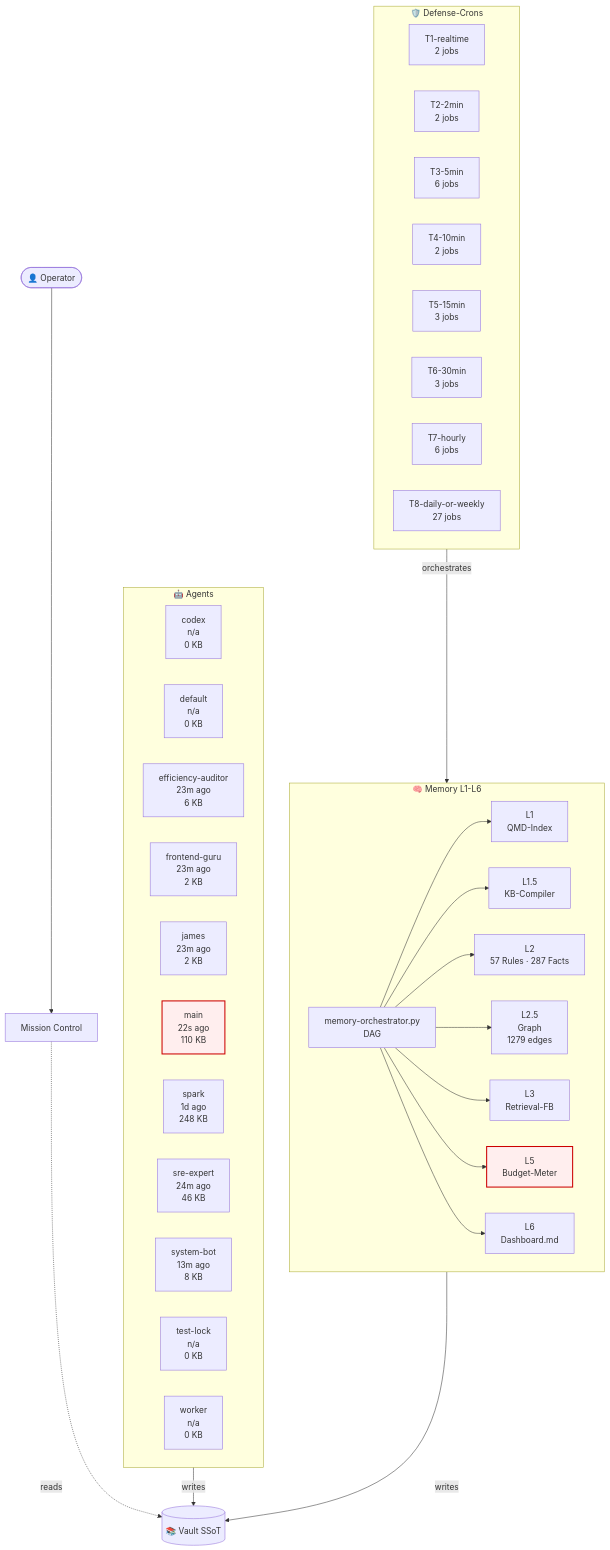
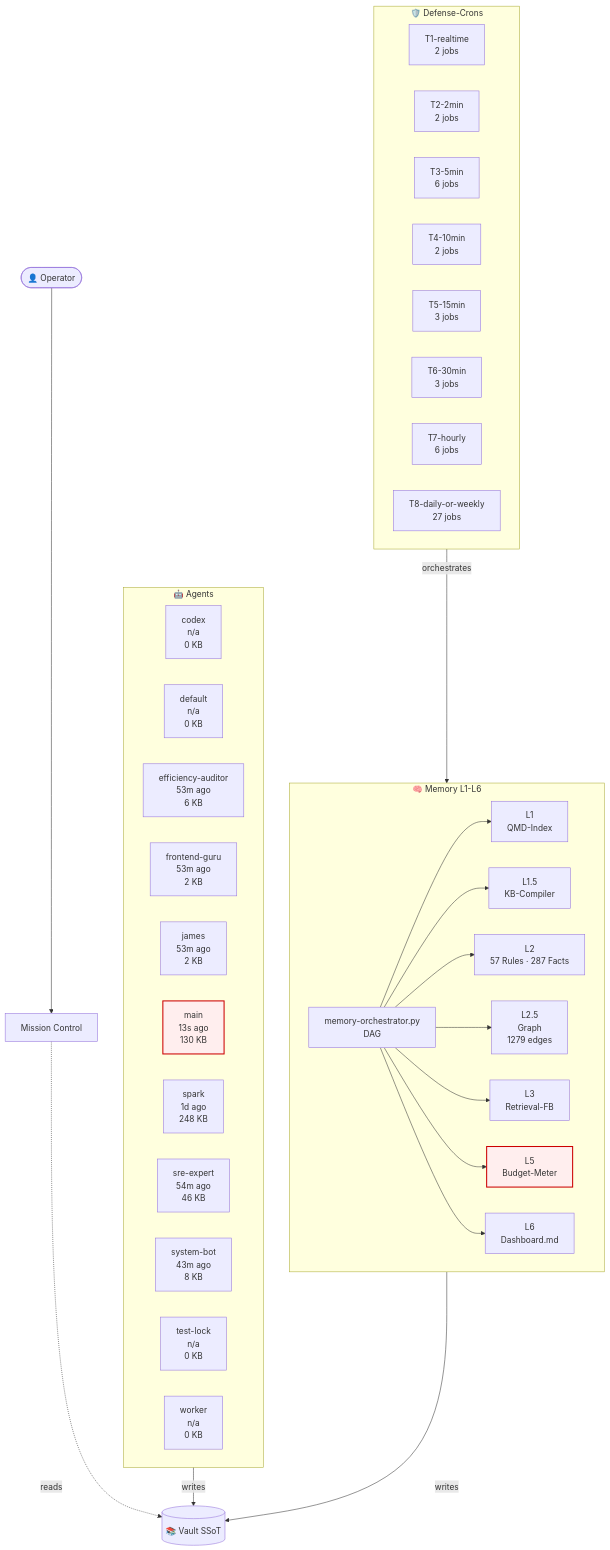
Before and after one commit to lenardhuebner88-rgb/openclaw-memory: the diagram in 03-Agents/architecture-live.md, drawn with Mermaid. The commit also changed other lines of this file and 13 other files, not shown here.

````diff
--- a/03-Agents/architecture-live.md
+++ b/03-Agents/architecture-live.md
@@ -18,54 +18,54 @@
 ```mermaid
 flowchart TB
     classDef critical fill:#fee,stroke:#c00,stroke-width:2px;
     subgraph AGT["🤖 Agents"]
         agent_codex["codex<br/>n/a<br/>0 KB"]
         agent_default["default<br/>n/a<br/>0 KB"]
-        agent_efficiency_auditor["efficiency-auditor<br/>23m ago<br/>6 KB"]
-        agent_frontend_guru["frontend-guru<br/>23m ago<br/>2 KB"]
-        agent_james["james<br/>23m ago<br/>2 KB"]
-        agent_main["main<br/>22s ago<br/>110 KB"]
+        agent_efficiency_auditor["efficiency-auditor<br/>53m ago<br/>6 KB"]
+        agent_frontend_guru["frontend-guru<br/>53m ago<br/>2 KB"]
+        agent_james["james<br/>53m ago<br/>2 KB"]
+        agent_main["main<br/>13s ago<br/>130 KB"]
         agent_spark["spark<br/>1d ago<br/>248 KB"]
-        agent_sre_expert["sre-expert<br/>24m ago<br/>46 KB"]
-        agent_system_bot["system-bot<br/>13m ago<br/>8 KB"]
+        agent_sre_expert["sre-expert<br/>54m ago<br/>46 KB"]
+        agent_system_bot["system-bot<br/>43m ago<br/>8 KB"]
         agent_test_lock["test-lock<br/>n/a<br/>0 KB"]
         agent_worker["worker<br/>n/a<br/>0 KB"]
     end
     subgraph MEM["🧠 Memory L1-L6"]
         L1["L1<br/>QMD-Index"]
         L15["L1.5<br/>KB-Compiler"]
         L2["L2<br/>57 Rules · 287 Facts"]
         L25["L2.5<br/>Graph<br/>1279 edges"]
         L3["L3<br/>Retrieval-FB"]
         L5["L5<br/>Budget-Meter"]
         L6["L6<br/>Dashboard.md"]
         ORCH["memory-orchestrator.py<br/>DAG"]
     end
     subgraph CRN["🛡️ Defense-Crons"]
         tier_T1_realtime["T1-realtime<br/>2 jobs"]
         tier_T2_2min["T2-2min<br/>2 jobs"]
         tier_T3_5min["T3-5min<br/>6 jobs"]
         tier_T4_10min["T4-10min<br/>2 jobs"]
         tier_T5_15min["T5-15min<br/>3 jobs"]
         tier_T6_30min["T6-30min<br/>3 jobs"]
         tier_T7_hourly["T7-hourly<br/>6 jobs"]
         tier_T8_daily_or_weekly["T8-daily-or-weekly<br/>27 jobs"]
     end
     VAULT[("📚 Vault SSoT")]
     OP([👤 Operator])
     MC["Mission Control"]
     OP --> MC
     MC -.reads.-> VAULT
     AGT -->|writes| VAULT
     MEM -->|writes| VAULT
     ORCH --> L1
     ORCH --> L15
     ORCH --> L2
     ORCH --> L25
     ORCH --> L3
     ORCH --> L5
     ORCH --> L6
     CRN -->|orchestrates| MEM
     class L5 critical
     class agent_main critical
 ```
````
